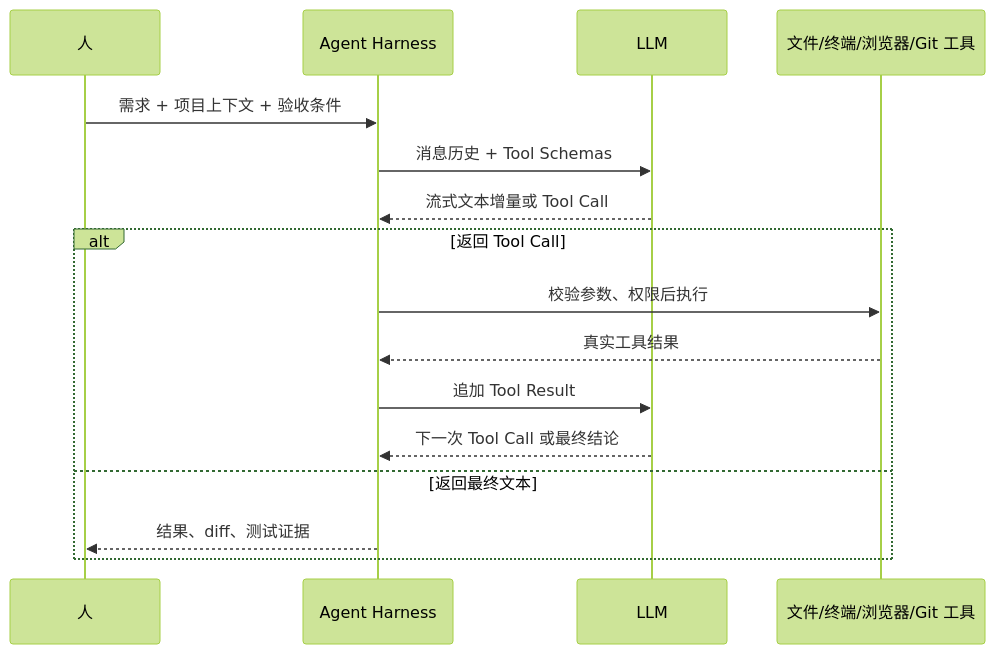
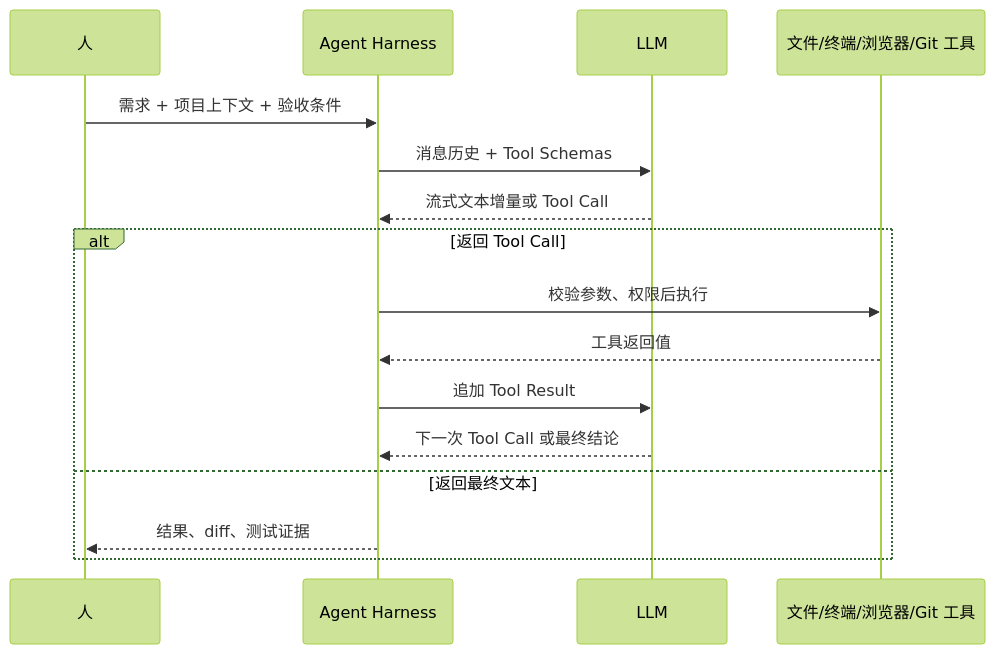
One commit to AmamiyaYui/web1800-mirror changed the third of 3 diagrams in README.md. Above: the diagram before and after it, drawn with Mermaid (forest theme). The commit also changed other lines of this file, not shown here.

````diff
--- a/README.md
+++ b/README.md
@@ -248,20 +219,20 @@
 ```mermaid
 sequenceDiagram
     participant H as 人
     participant A as Agent Harness
     participant M as LLM
     participant T as 文件/终端/浏览器/Git 工具
 
     H->>A: 需求 + 项目上下文 + 验收条件
     A->>M: 消息历史 + Tool Schemas
     M-->>A: 流式文本增量或 Tool Call
 
     alt 返回 Tool Call
         A->>T: 校验参数、权限后执行
-        T-->>A: 真实工具结果
+        T-->>A: 工具返回值
         A->>M: 追加 Tool Result
         M-->>A: 下一次 Tool Call 或最终结论
     else 返回最终文本
         A-->>H: 结果、diff、测试证据
     end
 ```
````
